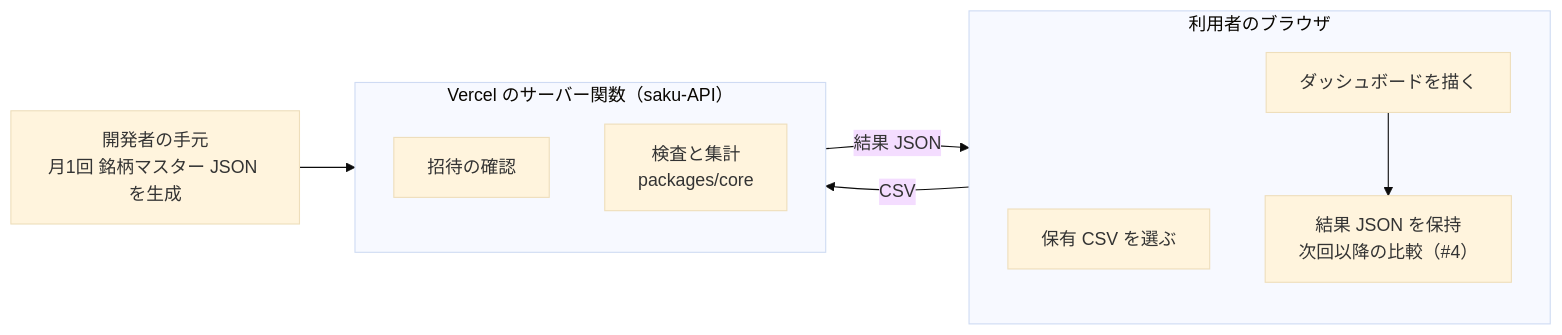
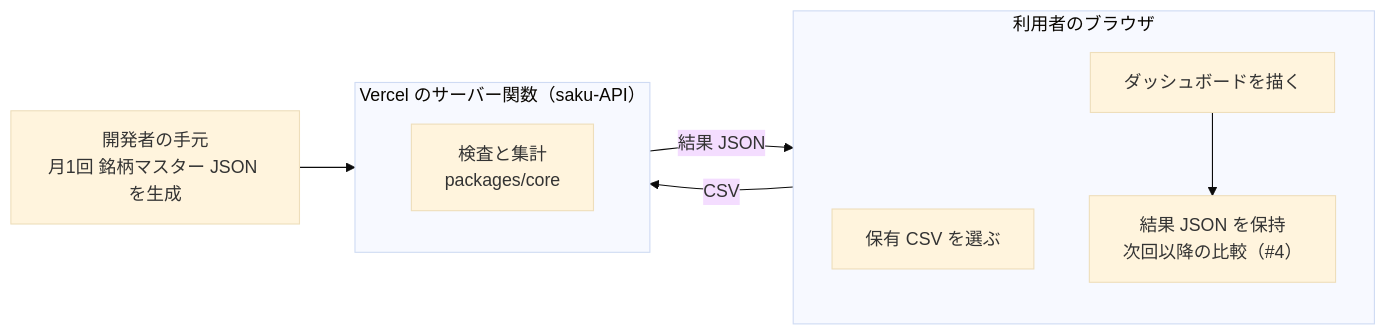
One commit to gunji-m/sakuforge changed the diagram in docs/design.md. Above: the diagram before and after it, drawn with Mermaid (base theme). The commit also changed other lines of this file and 10 other files, not shown here.

````diff
--- a/docs/design.md
+++ b/docs/design.md
@@ -10,19 +10,18 @@
 ```mermaid
 flowchart LR
   subgraph browser["利用者のブラウザ"]
     direction TB
     pick["保有 CSV を選ぶ"]
     view["ダッシュボードを描く"]
     keep["結果 JSON を保持<br/>次回以降の比較（#4）"]
   end
   subgraph vercel["Vercel のサーバー関数（saku-API）"]
     direction TB
-    inv["招待の確認"]
     core["検査と集計<br/>packages/core"]
   end
   local["開発者の手元<br/>月1回 銘柄マスター JSON を生成"]
   pick -- CSV --> core
   core -- 結果 JSON --> view
   view --> keep
   local --> core
 ```
````
